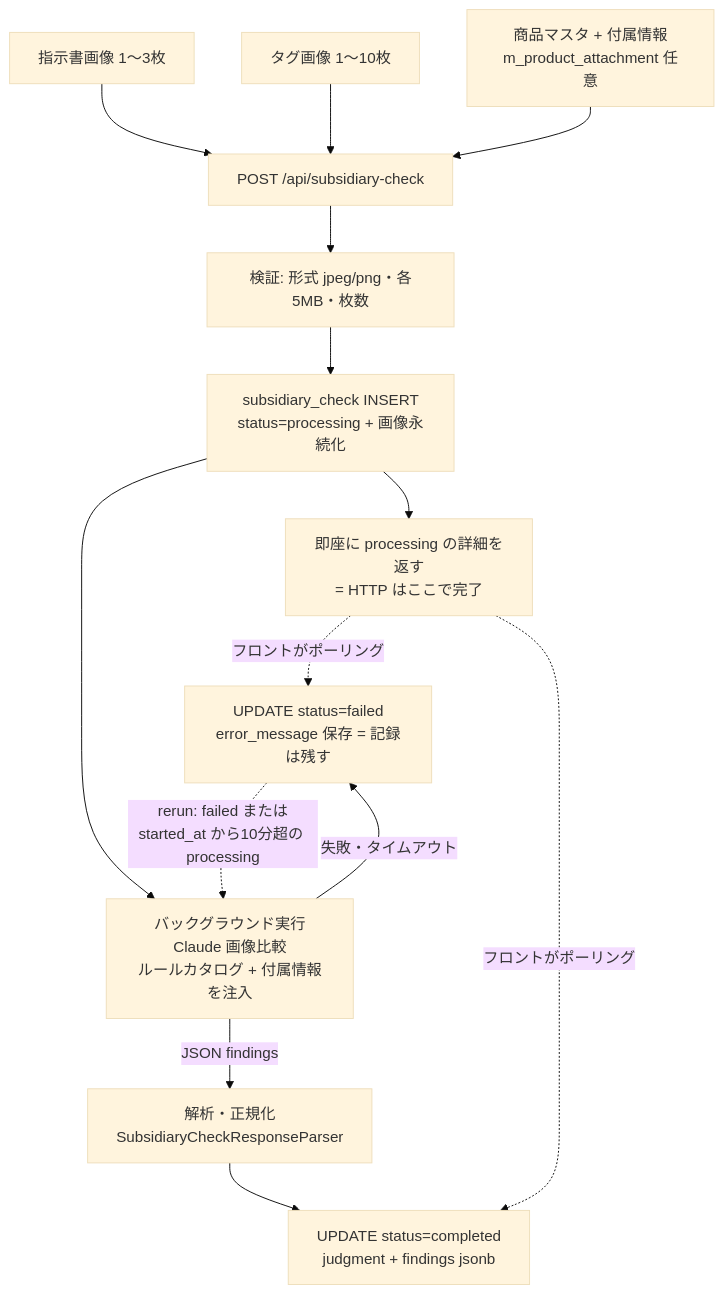
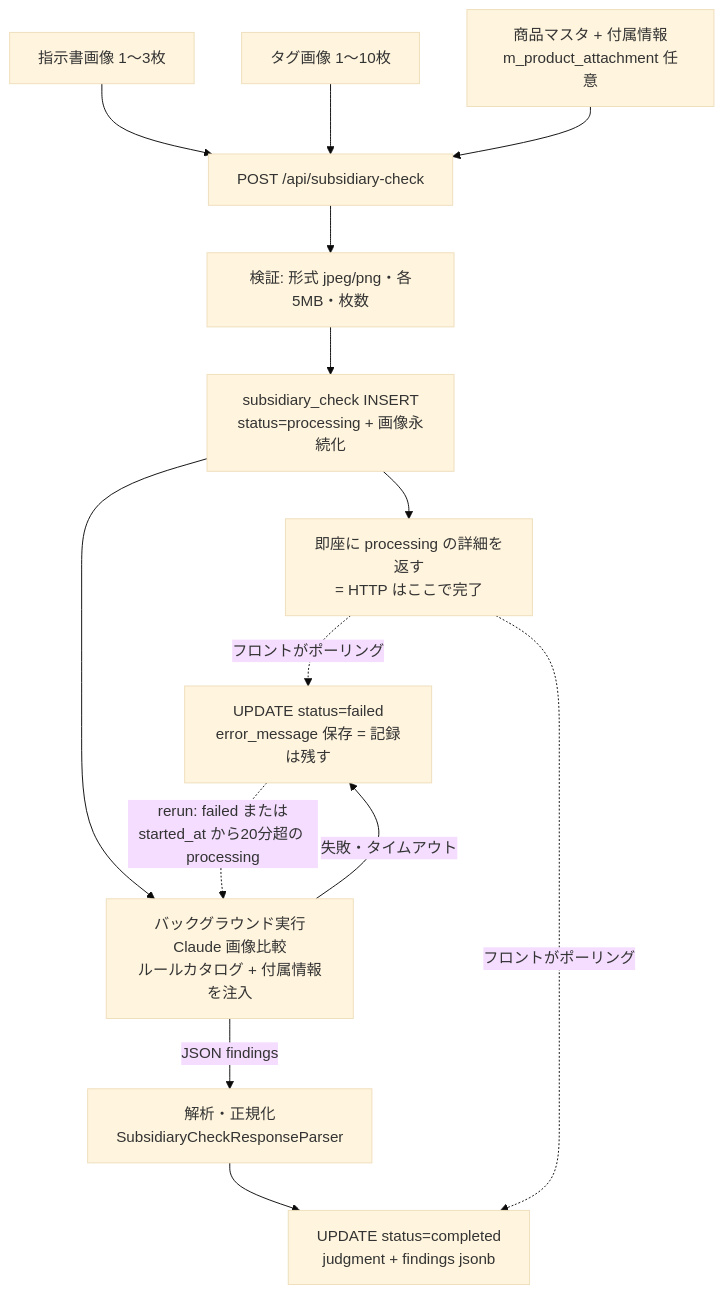
Before and after one commit to TSUNAGUBA/undeux-sales-suite: the fourth of 4 diagrams in docs/design.md, drawn with Mermaid (base theme). The commit also changed other lines of this file and 7 other files, not shown here.

````diff
--- a/docs/design.md
+++ b/docs/design.md
@@ -490,16 +490,16 @@
 ```mermaid
 flowchart TD
     A[指示書画像 1〜3枚] --> C[POST /api/subsidiary-check]
     B[タグ画像 1〜10枚] --> C
     P[商品マスタ + 付属情報<br/>m_product_attachment 任意] --> C
     C --> V[検証: 形式 jpeg/png・各5MB・枚数]
     V --> S[subsidiary_check INSERT<br/>status=processing + 画像永続化]
     S --> R[即座に processing の詳細を返す<br/>= HTTP はここで完了]
     S --> AI[バックグラウンド実行<br/>Claude 画像比較<br/>ルールカタログ + 付属情報を注入]
     AI -->|JSON findings| PR[解析・正規化<br/>SubsidiaryCheckResponseParser]
     PR --> U[UPDATE status=completed<br/>judgment + findings jsonb]
     AI -->|失敗・タイムアウト| F[UPDATE status=failed<br/>error_message 保存 = 記録は残す]
     R -.->|フロントがポーリング| U
     R -.->|フロントがポーリング| F
-    F -.->|rerun: failed または<br/>started_at から10分超の processing| AI
+    F -.->|rerun: failed または<br/>started_at から20分超の processing| AI
 ```
````
